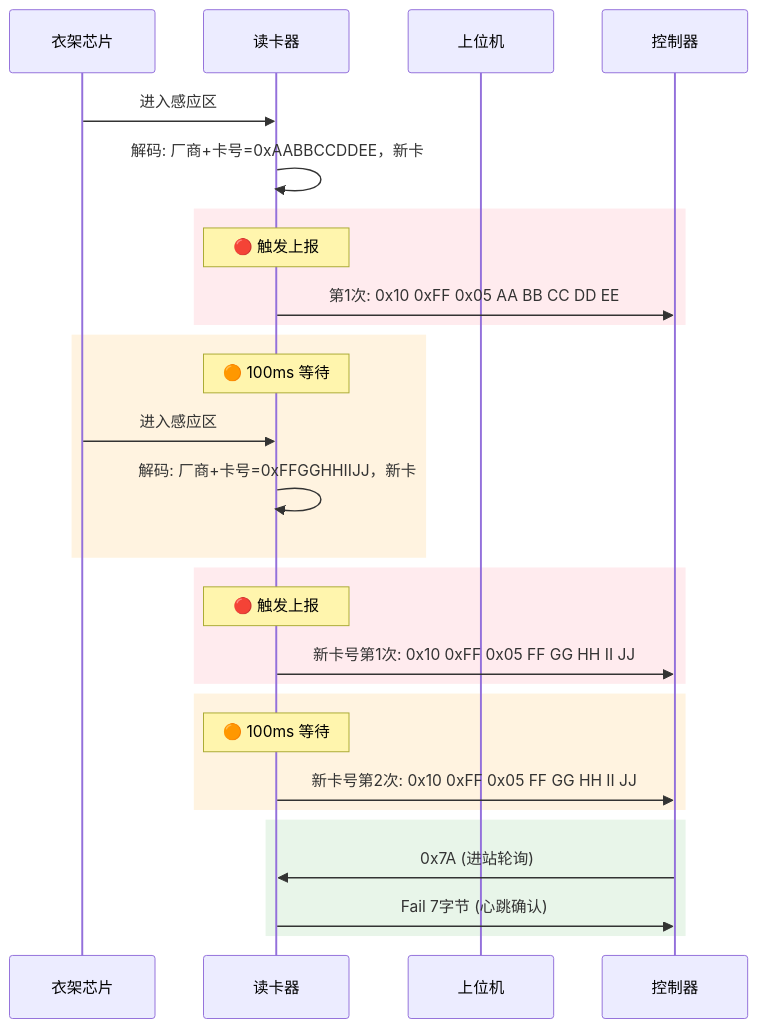
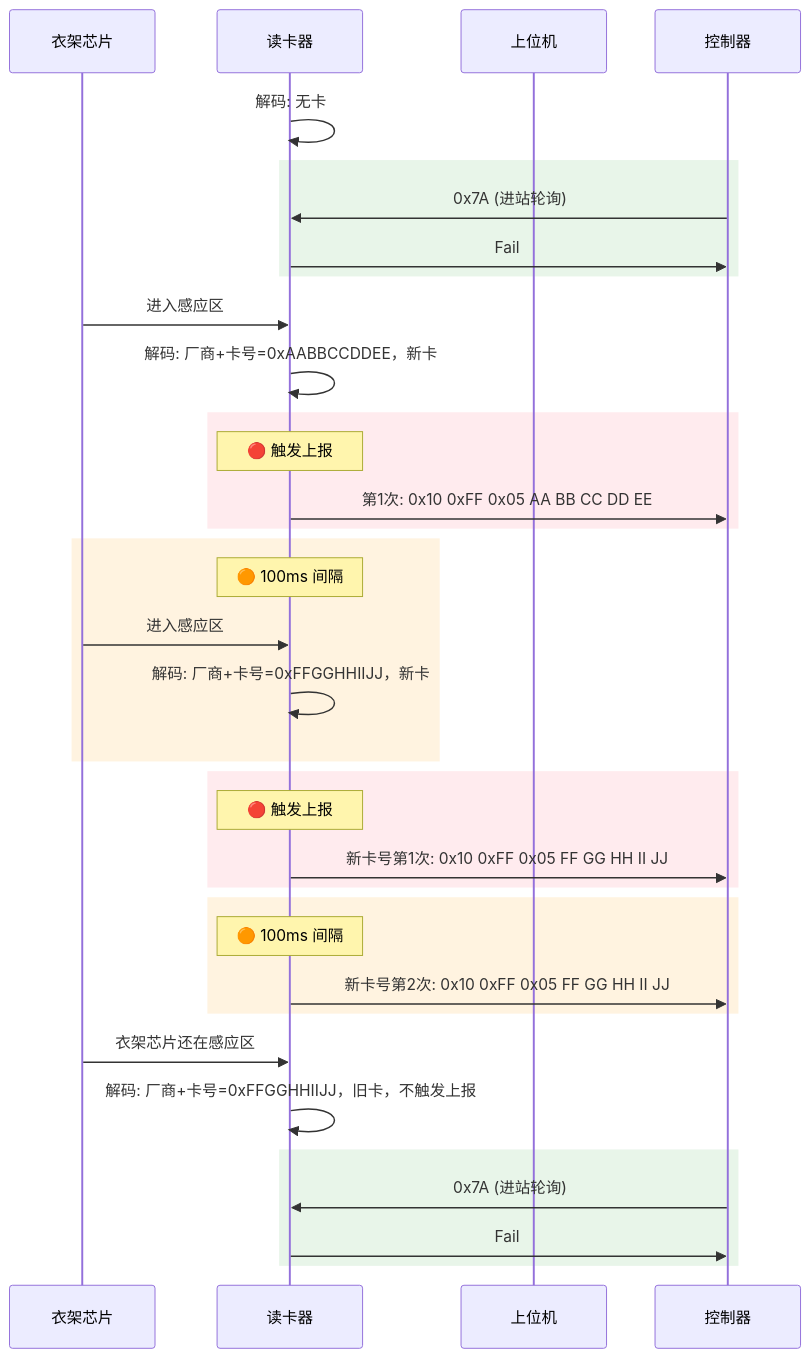
Before and after one commit to Siaiai/ObsidianNote: the second of 5 diagrams in 工作/[[SR3读卡器]]/260804SR3新框架整理.md, drawn with Mermaid. The commit also changed other lines of this file, not shown here.

````diff
--- a/工作/[[SR3读卡器]]/260804SR3新框架整理.md
+++ b/工作/[[SR3读卡器]]/260804SR3新框架整理.md
@@ -100,32 +108,42 @@
 ```mermaid
 sequenceDiagram
     participant 衣架芯片
     participant 读卡器
     participant 上位机
-
+    
+	读卡器->>读卡器: 解码: 无卡
+	
+    rect rgb(232, 245, 233)
+        控制器->>读卡器: 0x7A (进站轮询)
+        读卡器->>控制器: Fail
+    end
+    
     衣架芯片->>读卡器: 进入感应区
     读卡器->>读卡器: 解码: 厂商+卡号=0xAABBCCDDEE，新卡
 
     rect rgb(255, 235, 238)
         Note over 读卡器: 🔴 触发上报
         读卡器->>控制器: 第1次: 0x10 0xFF 0x05 AA BB CC DD EE
     end
 
     rect rgb(255, 243, 224)
-        Note over 读卡器: 🟠 100ms 等待
+        Note over 读卡器: 🟠 100ms 间隔
         衣架芯片->>读卡器: 进入感应区
 	    读卡器->>读卡器: 解码: 厂商+卡号=0xFFGGHHIIJJ，新卡
     end
     rect rgb(255, 235, 238)
         Note over 读卡器: 🔴 触发上报
         读卡器->>控制器: 新卡号第1次: 0x10 0xFF 0x05 FF GG HH II JJ
     end
     rect rgb(255, 243, 224)
-        Note over 读卡器: 🟠 100ms 等待
+        Note over 读卡器: 🟠 100ms 间隔
         读卡器->>控制器: 新卡号第2次:  0x10 0xFF 0x05 FF GG HH II JJ
     end
+    衣架芯片->>读卡器: 衣架芯片还在感应区
+    读卡器->>读卡器: 解码: 厂商+卡号=0xFFGGHHIIJJ，旧卡，不触发上报
+    
     rect rgb(232, 245, 233)
         控制器->>读卡器: 0x7A (进站轮询)
-        读卡器->>控制器: Fail 7字节 (心跳确认)
+        读卡器->>控制器: Fail
     end
 ```
````
